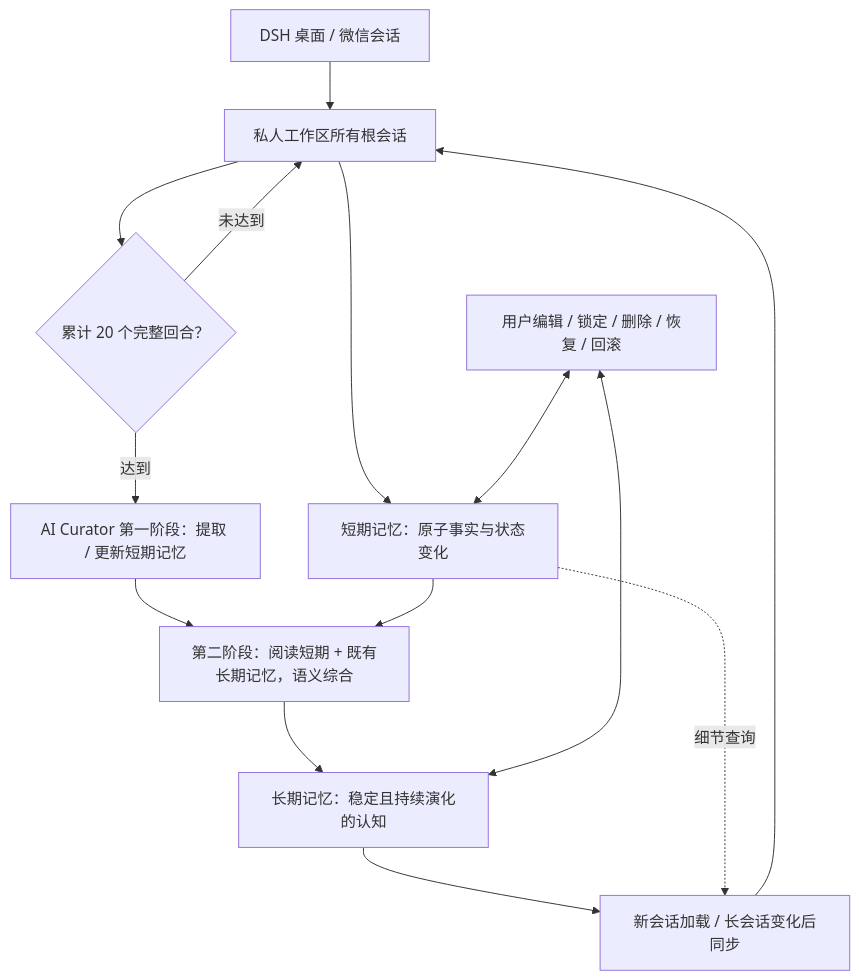
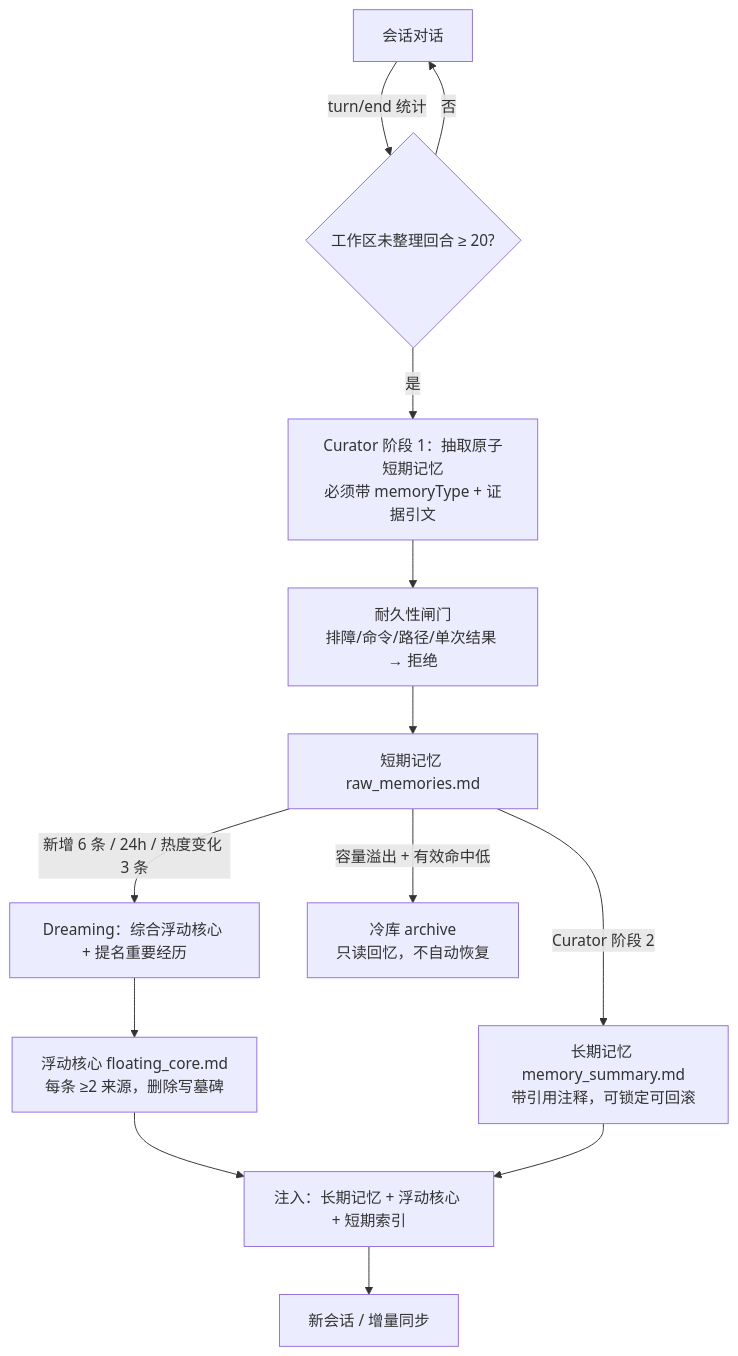
The diagram in README.md (hermit32/dsh-long-term-memory), drawn with Mermaid before and after one commit. The commit also changed other lines of this file and 286 other files, not shown here.

````diff
--- a/README.md
+++ b/README.md
@@ -25,16 +68,15 @@
 ```mermaid
 flowchart TD
-  A["DSH 桌面 / 微信会话"] --> B["私人工作区所有根会话"]
-  B --> C["短期记忆：原子事实与状态变化"]
-  B --> D{"累计 20 个完整回合？"}
-  D -->|未达到| B
-  D -->|达到| E["AI Curator 第一阶段：提取 / 更新短期记忆"]
-  E --> F["第二阶段：阅读短期 + 既有长期记忆，语义综合"]
-  C --> F
-  F --> G["长期记忆：稳定且持续演化的认知"]
-  G --> H["新会话加载 / 长会话变化后同步"]
-  C -. 细节查询 .-> H
-  H --> B
-  I["用户编辑 / 锁定 / 删除 / 恢复 / 回滚"] <--> G
-  I <--> C
+  A[会话对话] -->|turn/end 统计| B{工作区未整理回合 ≥ 20?}
+  B -->|否| A
+  B -->|是| C[Curator 阶段 1：抽取原子短期记忆<br/>必须带 memoryType + 证据引文]
+  C --> D[耐久性闸门<br/>排障/命令/路径/单次结果 → 拒绝]
+  D --> E[短期记忆 raw_memories.md]
+  E -->|新增 6 条 / 24h / 热度变化 3 条| F[Dreaming：综合浮动核心 + 提名重要经历]
+  F --> G[浮动核心 floating_core.md<br/>每条 ≥2 来源，删除写墓碑]
+  E -->|Curator 阶段 2| H[长期记忆 memory_summary.md<br/>带引用注释，可锁定可回滚]
+  G --> I[注入：长期记忆 + 浮动核心 + 短期索引]
+  H --> I
+  I --> J[新会话 / 增量同步]
+  E -->|容量溢出 + 有效命中低| K[冷库 archive<br/>只读回忆，不自动恢复]
 ```
````
